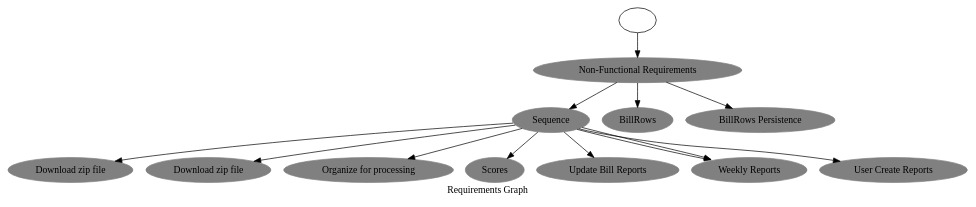
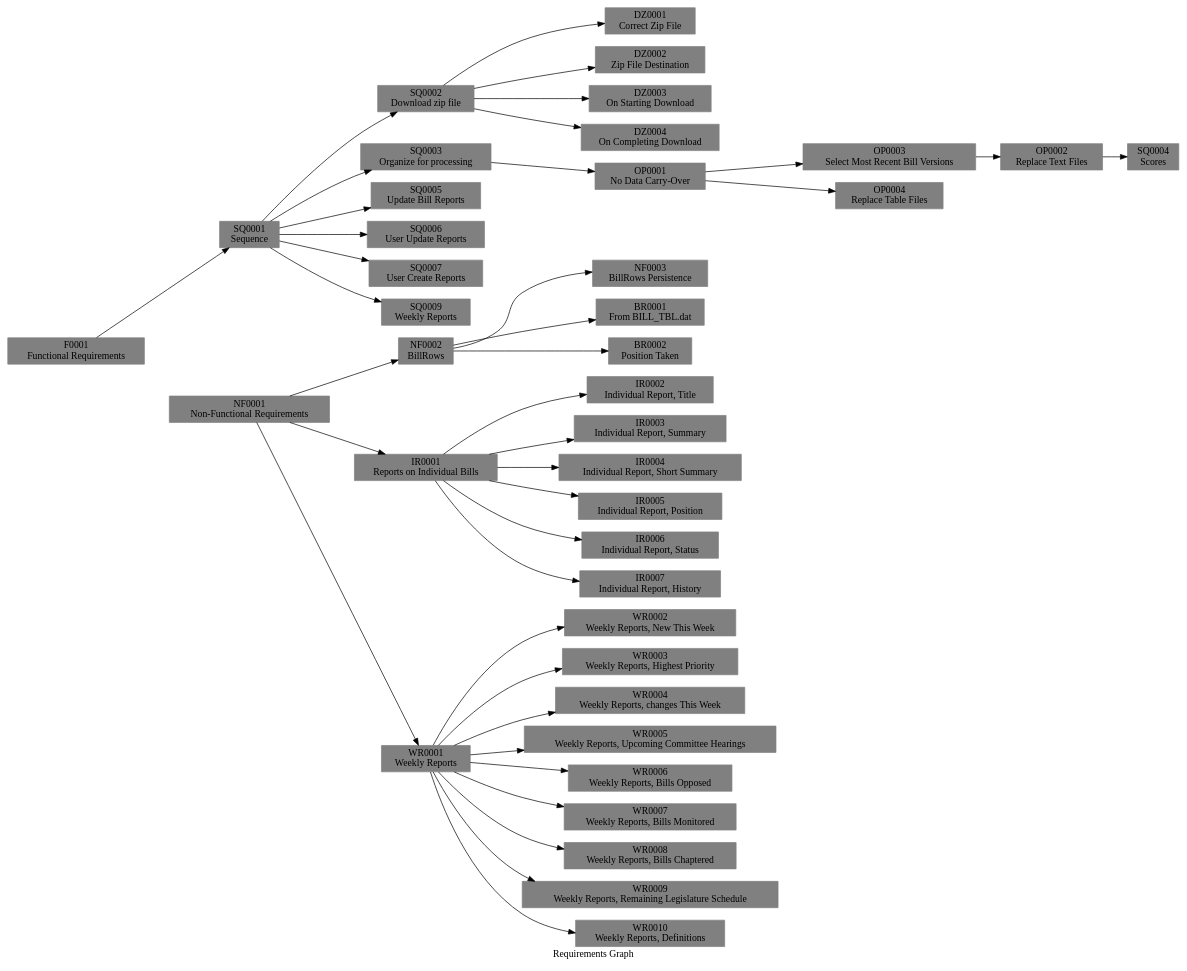
One commit to josgood88/Scout2 changed the diagram in RequirementsTraceability/Traceability.dot. Above: the diagram before and after it, drawn with Graphviz. The commit also changed 12 other files, not shown here.

Commit message:
Requirements traceability graph generation is looking good. Weekly Report generation depends on GlobalData.MostRecentEachBill for WIC/LPS data.  That table is now generated if started at some sequence point later than importing into database.

```diff
--- a/RequirementsTraceability/Traceability.dot
+++ b/RequirementsTraceability/Traceability.dot
@@ -1,34 +1,125 @@
 #
 digraph diagram
 {
 label="Requirements Graph"
-# rankdir = LR;
+  rankdir = LR;
 # concentrate = true;
 # edge[samehead=h1, sametail=t1];
   edge[samehead=h1];
-"NF0001" [label="Non-Functional Requirements", shape = ellipse, style = filled, color = gray]
-"" -> "NF0001"
-"SQ0001" [label="Sequence", shape = ellipse, style = filled, color = gray]
-"NF0001" -> "SQ0001"
-"SQ0002" [label="Download zip file", shape = ellipse, style = filled, color = gray]
+"F0001" [label="F0001
+Functional Requirements", shape = rectangle, style = filled, color = gray]
+"SQ0001" [label="SQ0001
+Sequence", shape = rectangle, style = filled, color = gray]
+"F0001" -> "SQ0001"
+"SQ0002" [label="SQ0002
+Download zip file", shape = rectangle, style = filled, color = gray]
 "SQ0001" -> "SQ0002"
-"SQ0003" [label="Download zip file", shape = ellipse, style = filled, color = gray]
+"SQ0003" [label="SQ0003
+Organize for processing", shape = rectangle, style = filled, color = gray]
 "SQ0001" -> "SQ0003"
-"SQ0004" [label="Organize for processing", shape = ellipse, style = filled, color = gray]
-"SQ0001" -> "SQ0004"
-"SQ0005" [label="Scores", shape = ellipse, style = filled, color = gray]
+"SQ0004" [label="SQ0004
+Scores", shape = rectangle, style = filled, color = gray]
+"OP0002" -> "SQ0004"
+"SQ0005" [label="SQ0005
+Update Bill Reports", shape = rectangle, style = filled, color = gray]
 "SQ0001" -> "SQ0005"
-"SQ0006" [label="Update Bill Reports", shape = ellipse, style = filled, color = gray]
+"SQ0006" [label="SQ0006
+User Update Reports", shape = rectangle, style = filled, color = gray]
 "SQ0001" -> "SQ0006"
-"SQ0007" [label="User Update Reports", shape = ellipse, style = filled, color = gray]
+"SQ0007" [label="SQ0007
+User Create Reports", shape = rectangle, style = filled, color = gray]
 "SQ0001" -> "SQ0007"
-"SQ0008" [label="User Create Reports", shape = ellipse, style = filled, color = gray]
-"SQ0001" -> "SQ0008"
-"SQ0007" [label="Weekly Reports", shape = ellipse, style = filled, color = gray]
-"SQ0001" -> "SQ0007"
-"NF0001" [label="Non-Functional Requirements", shape = ellipse, style = filled, color = gray]
-"NF0002" [label="BillRows", shape = ellipse, style = filled, color = gray]
+"SQ0009" [label="SQ0009
+Weekly Reports", shape = rectangle, style = filled, color = gray]
+"SQ0001" -> "SQ0009"
+"DZ0001" [label="DZ0001
+Correct Zip File", shape = rectangle, style = filled, color = gray]
+"SQ0002" -> "DZ0001"
+"DZ0002" [label="DZ0002
+Zip File Destination", shape = rectangle, style = filled, color = gray]
+"SQ0002" -> "DZ0002"
+"DZ0003" [label="DZ0003
+On Starting Download", shape = rectangle, style = filled, color = gray]
+"SQ0002" -> "DZ0003"
+"DZ0004" [label="DZ0004
+On Completing Download", shape = rectangle, style = filled, color = gray]
+"SQ0002" -> "DZ0004"
+"OP0001" [label="OP0001
+No Data Carry-Over", shape = rectangle, style = filled, color = gray]
+"SQ0003" -> "OP0001"
+"OP0002" [label="OP0002
+Replace Text Files", shape = rectangle, style = filled, color = gray]
+"OP0003" -> "OP0002"
+"OP0003" [label="OP0003
+Select Most Recent Bill Versions", shape = rectangle, style = filled, color = gray]
+"OP0001" -> "OP0003"
+"OP0004" [label="OP0004
+Replace Table Files", shape = rectangle, style = filled, color = gray]
+"OP0001" -> "OP0004"
+"NF0001" [label="NF0001
+Non-Functional Requirements", shape = rectangle, style = filled, color = gray]
+"NF0002" [label="NF0002
+BillRows", shape = rectangle, style = filled, color = gray]
 "NF0001" -> "NF0002"
-"NF0003" [label="BillRows Persistence", shape = ellipse, style = filled, color = gray]
-"NF0001" -> "NF0003"
+"NF0003" [label="NF0003
+BillRows Persistence", shape = rectangle, style = filled, color = gray]
+"NF0002" -> "NF0003"
+"BR0001" [label="BR0001
+From BILL_TBL.dat", shape = rectangle, style = filled, color = gray]
+"NF0002" -> "BR0001"
+"BR0002" [label="BR0002
+Position Taken", shape = rectangle, style = filled, color = gray]
+"NF0002" -> "BR0002"
+"IR0001" [label="IR0001
+Reports on Individual Bills", shape = rectangle, style = filled, color = gray]
+"NF0001" -> "IR0001"
+"IR0002" [label="IR0002
+Individual Report, Title", shape = rectangle, style = filled, color = gray]
+"IR0001" -> "IR0002"
+"IR0003" [label="IR0003
+Individual Report, Summary", shape = rectangle, style = filled, color = gray]
+"IR0001" -> "IR0003"
+"IR0004" [label="IR0004
+Individual Report, Short Summary", shape = rectangle, style = filled, color = gray]
+"IR0001" -> "IR0004"
+"IR0005" [label="IR0005
+Individual Report, Position", shape = rectangle, style = filled, color = gray]
+"IR0001" -> "IR0005"
+"IR0006" [label="IR0006
+Individual Report, Status", shape = rectangle, style = filled, color = gray]
+"IR0001" -> "IR0006"
+"IR0007" [label="IR0007
+Individual Report, History", shape = rectangle, style = filled, color = gray]
+"IR0001" -> "IR0007"
+"WR0001" [label="WR0001
+Weekly Reports", shape = rectangle, style = filled, color = gray]
+"NF0001" -> "WR0001"
+"WR0002" [label="WR0002
+Weekly Reports, New This Week", shape = rectangle, style = filled, color = gray]
+"WR0001" -> "WR0002"
+"WR0003" [label="WR0003
+Weekly Reports, Highest Priority", shape = rectangle, style = filled, color = gray]
+"WR0001" -> "WR0003"
+"WR0004" [label="WR0004
+Weekly Reports, changes This Week", shape = rectangle, style = filled, color = gray]
+"WR0001" -> "WR0004"
+"WR0005" [label="WR0005
+Weekly Reports, Upcoming Committee Hearings", shape = rectangle, style = filled, color = gray]
+"WR0001" -> "WR0005"
+"WR0006" [label="WR0006
+Weekly Reports, Bills Opposed", shape = rectangle, style = filled, color = gray]
+"WR0001" -> "WR0006"
+"WR0007" [label="WR0007
+Weekly Reports, Bills Monitored", shape = rectangle, style = filled, color = gray]
+"WR0001" -> "WR0007"
+"WR0008" [label="WR0008
+Weekly Reports, Bills Chaptered", shape = rectangle, style = filled, color = gray]
+"WR0001" -> "WR0008"
+"WR0009" [label="WR0009
+Weekly Reports, Remaining Legislature Schedule", shape = rectangle, style = filled, color = gray]
+"WR0001" -> "WR0009"
+"WR0010" [label="WR0010
+Weekly Reports, Definitions", shape = rectangle, style = filled, color = gray]
+"WR0001" -> "WR0010"
+"F0001" -> "NF0001" [style=invis]
 }
```
